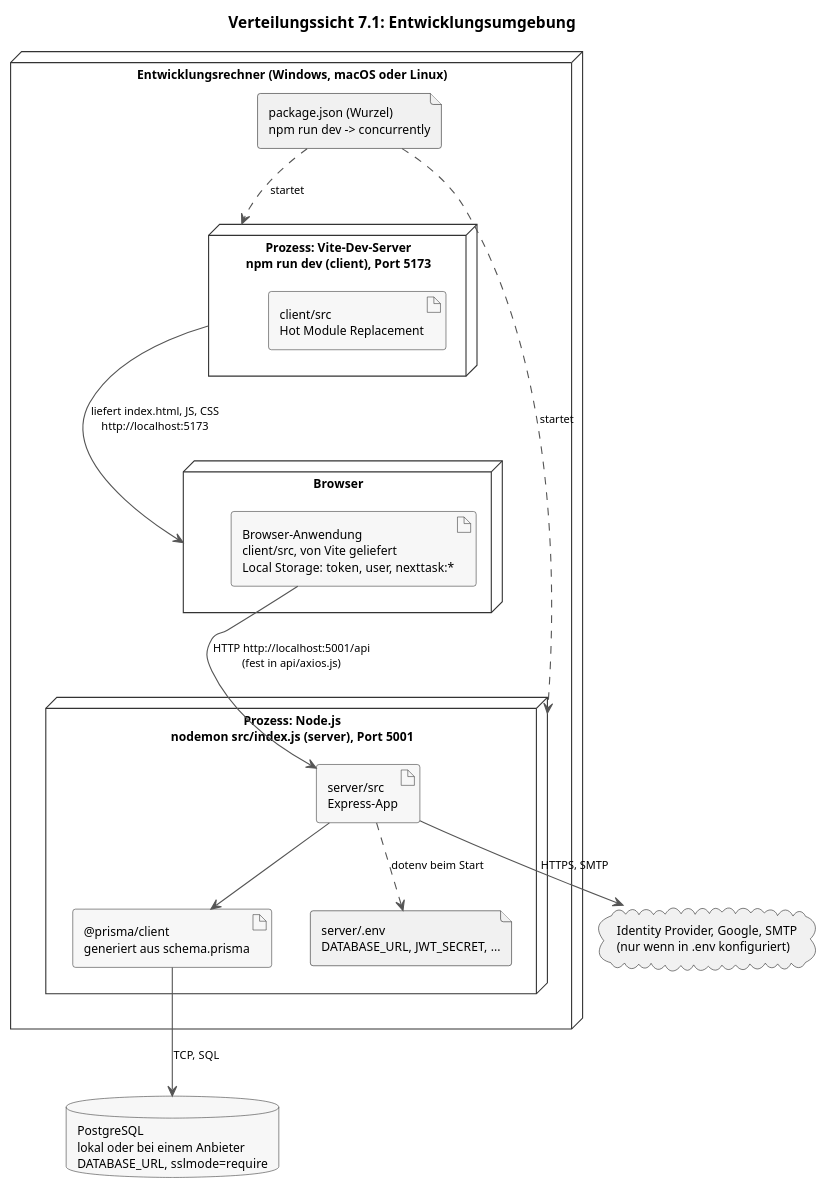
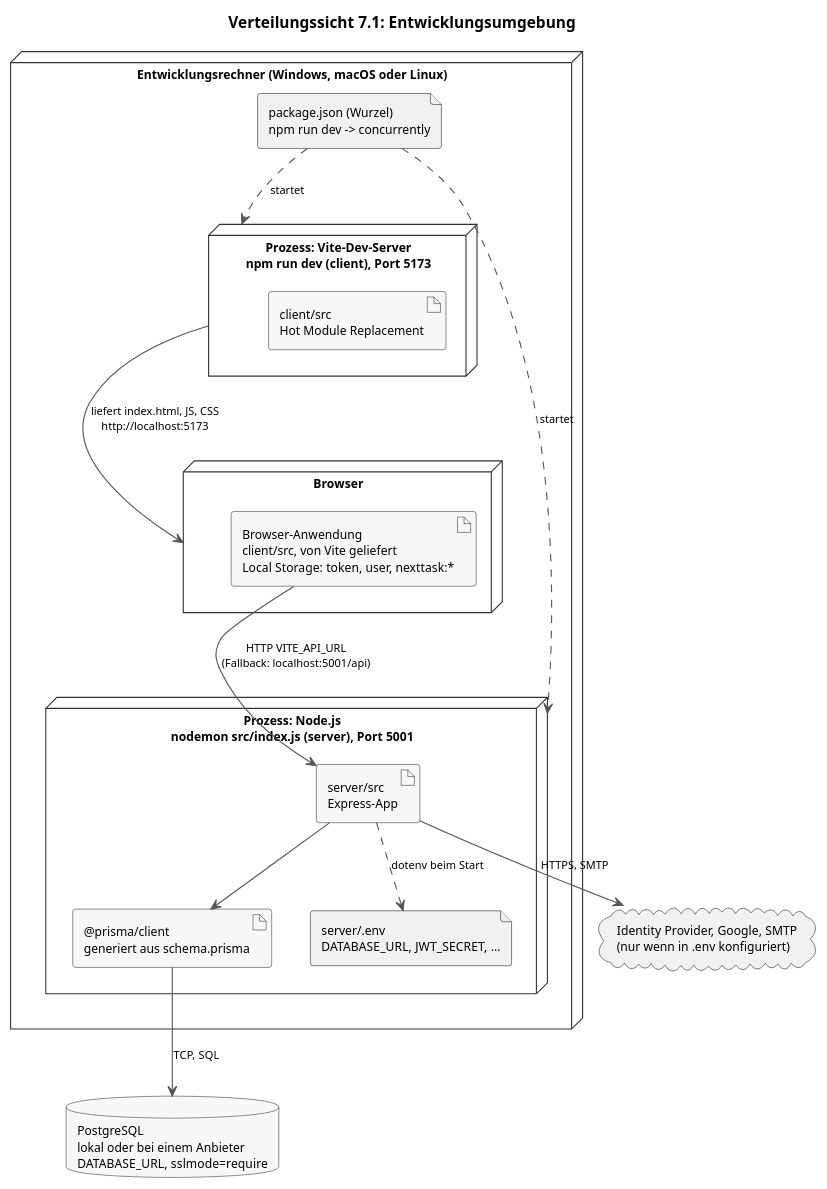
The diagram in docs/arch/diagrams/a07-entwicklung.plantuml (Jonas-Aaron-Raab/NextTask), drawn with PlantUML before and after one commit. The commit also changed 5 other files, not shown here.

```diff
--- a/docs/arch/diagrams/a07-entwicklung.plantuml
+++ b/docs/arch/diagrams/a07-entwicklung.plantuml
@@ -1,49 +1,49 @@
 @startuml a07-entwicklung
 skinparam shadowing false
 skinparam defaultFontName Helvetica
 skinparam defaultFontSize 11
 skinparam ArrowColor #555555
 skinparam ArrowFontSize 10
 skinparam node {
   BackgroundColor #FFFFFF
   BorderColor #333333
 }
 skinparam artifact {
   BackgroundColor #F7F7F7
   BorderColor #333333
 }
 skinparam database {
   BackgroundColor #F7F7F7
   BorderColor #333333
 }
 
 title Verteilungssicht 7.1: Entwicklungsumgebung
 
 node "Entwicklungsrechner (Windows, macOS oder Linux)" as PC {
   node "Browser" as BROWSER {
     artifact "Browser-Anwendung\nclient/src, von Vite geliefert\nLocal Storage: token, user, nexttask:*" as SPA
   }
   node "Prozess: Vite-Dev-Server\nnpm run dev (client), Port 5173" as VITE {
     artifact "client/src\nHot Module Replacement" as SRC
   }
   node "Prozess: Node.js\nnodemon src/index.js (server), Port 5001" as NODE {
     artifact "server/src\nExpress-App" as APP
     artifact "@prisma/client\ngeneriert aus schema.prisma" as PC_CLIENT
     file "server/.env\nDATABASE_URL, JWT_SECRET, ..." as ENV
   }
   file "package.json (Wurzel)\nnpm run dev -> concurrently" as ROOT
 }
 
 database "PostgreSQL\nlokal oder bei einem Anbieter\nDATABASE_URL, sslmode=require" as DB
 
 cloud "Identity Provider, Google, SMTP\n(nur wenn in .env konfiguriert)" as EXT
 
 ROOT ..> VITE : startet
 ROOT ..> NODE : startet
 VITE --> BROWSER : liefert index.html, JS, CSS\nhttp://localhost:5173
-SPA --> APP : HTTP http://localhost:5001/api\n(fest in api/axios.js)
+SPA --> APP : HTTP VITE_API_URL\n(Fallback: localhost:5001/api)
 APP ..> ENV : dotenv beim Start
 APP --> PC_CLIENT
 PC_CLIENT --> DB : TCP, SQL
 APP --> EXT : HTTPS, SMTP
 @enduml
```
